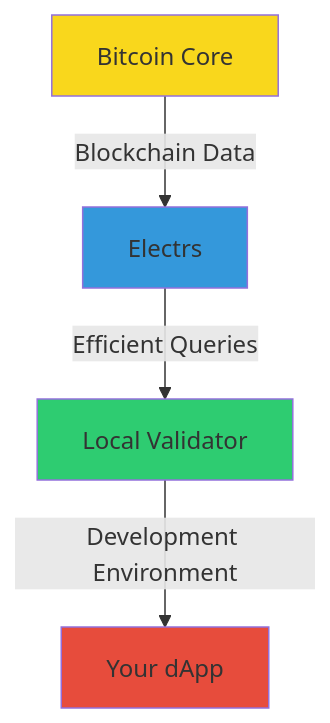
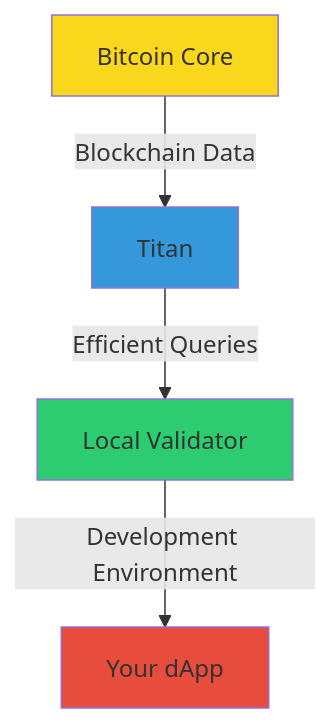
The diagram in src/getting-started/quick-start.md (Arch-Network/book), drawn with Mermaid before and after one commit. The commit also changed other lines of this file and 5 other files, not shown here.

Commit message:
Update docs for Titan from Electrs

````diff
--- a/src/getting-started/quick-start.md
+++ b/src/getting-started/quick-start.md
@@ -7,10 +7,10 @@
 ```mermaid
 graph TD
-    A[Bitcoin Core] -->|Blockchain Data| B[Electrs]
+    A[Bitcoin Core] -->|Blockchain Data| B[Titan]
     B -->|Efficient Queries| C[Local Validator]
     C -->|Development Environment| D[Your dApp]
     style A fill:#f9d71c
     style B fill:#3498db
     style C fill:#2ecc71
     style D fill:#e74c3c
 ```
````
